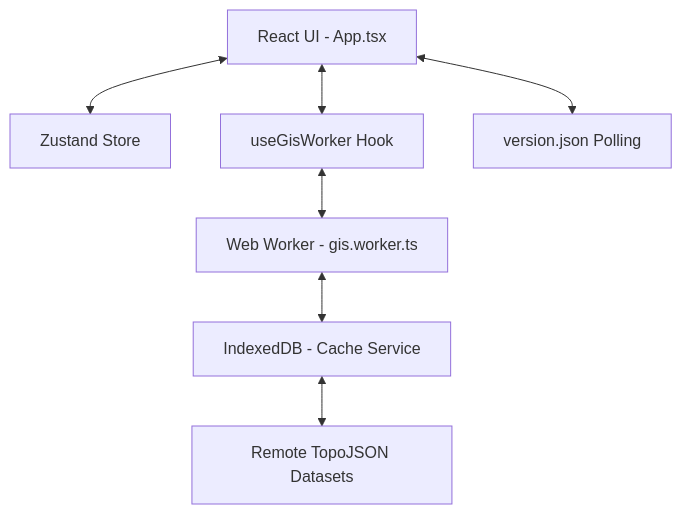
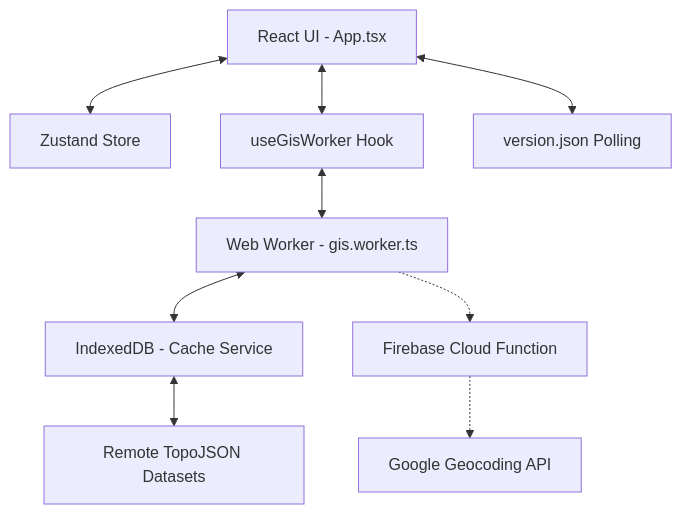
Before and after one commit to rsiva2294/namma-map-v2: the diagram in ARCHITECTURE.md, drawn with Mermaid. The commit also changed other lines of this file and 5 other files, not shown here.

````diff
--- a/ARCHITECTURE.md
+++ b/ARCHITECTURE.md
@@ -7,9 +7,11 @@
 ```mermaid
 graph TD
     UI[React UI - App.tsx] <--> Store[Zustand Store]
     UI <--> Hook[useGisWorker Hook]
     Hook <--> Worker[Web Worker - gis.worker.ts]
     Worker <--> Cache[IndexedDB - Cache Service]
     Cache <--> Data[Remote TopoJSON Datasets]
+    Worker -.-> Cloud[Firebase Cloud Function]
+    Cloud -.-> Google[Google Geocoding API]
     UI <--> Version[version.json Polling]
 ```
````
